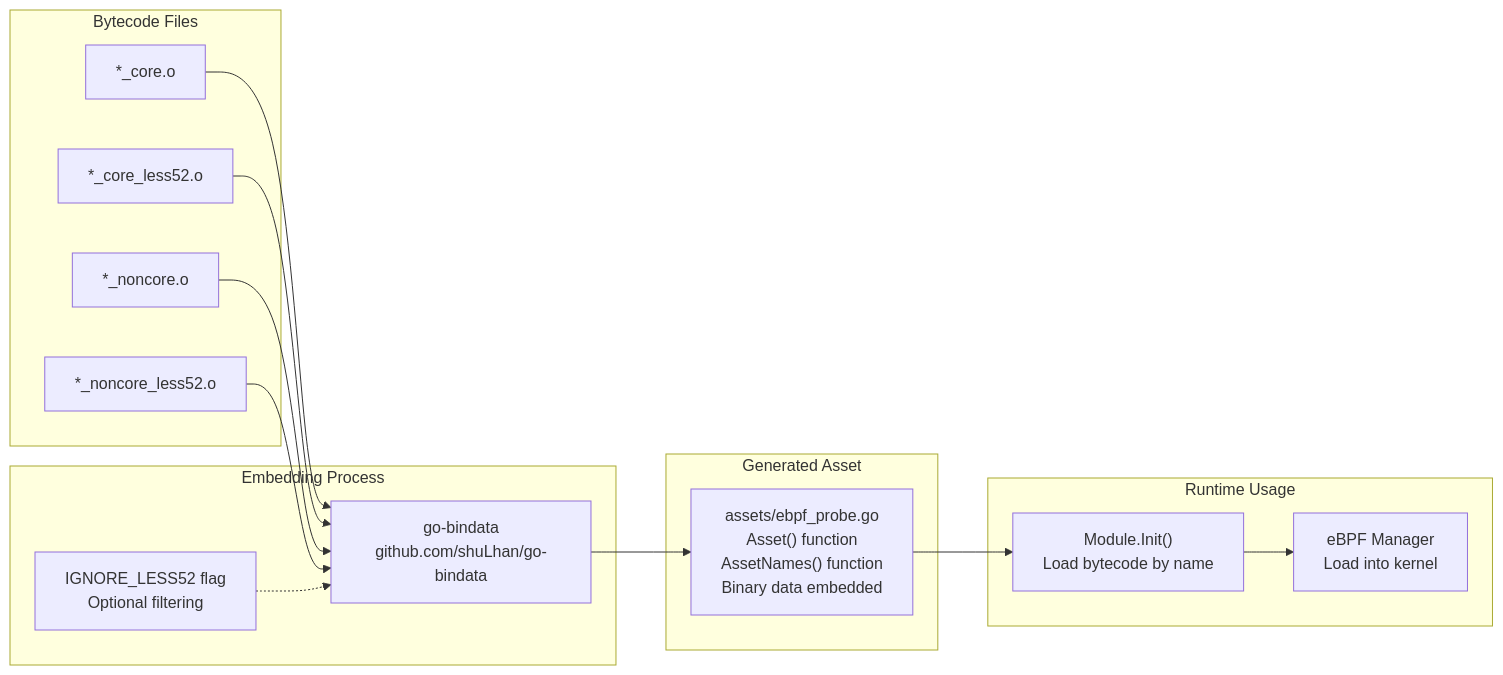
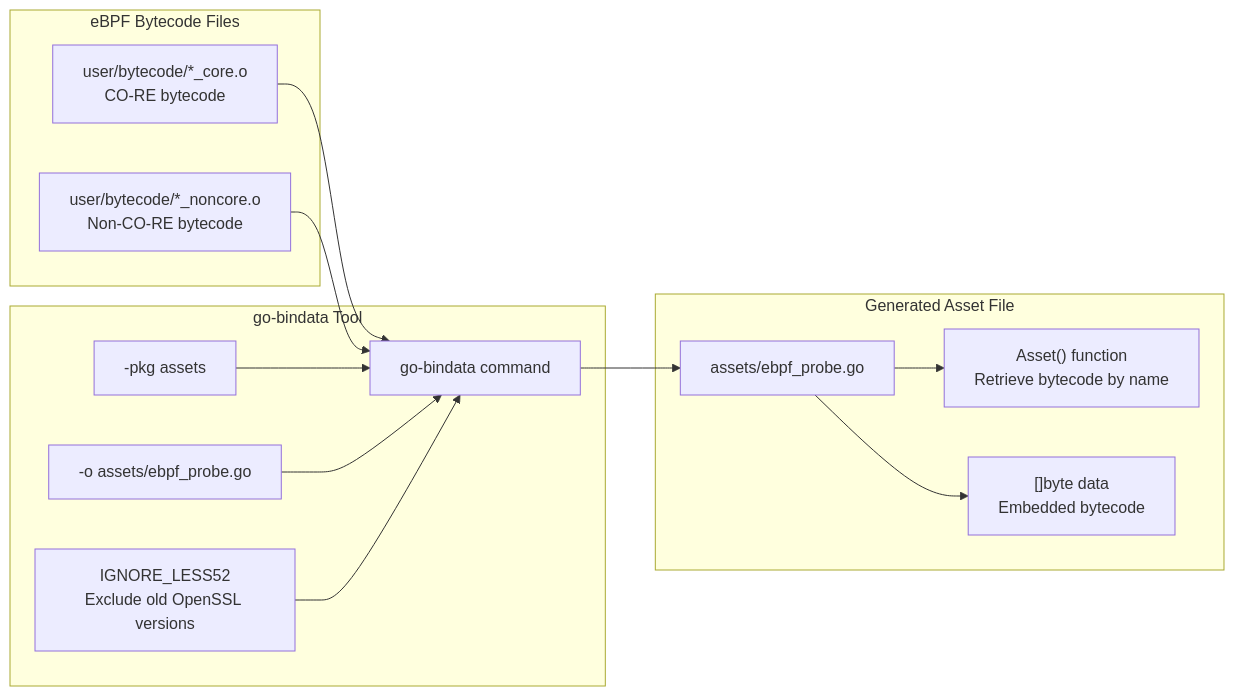
The fourth of 6 diagrams in src/en/5-development-guide/5.1-build-system.md (gojue/ecapture.cc), drawn with Mermaid before and after one commit. The commit also changed other lines of this file and 115 other files, not shown here.

````diff
--- a/src/en/5-development-guide/5.1-build-system.md
+++ b/src/en/5-development-guide/5.1-build-system.md
@@ -309,34 +350,30 @@
 ```mermaid
 graph LR
-    subgraph "Bytecode Files"
-        CORE["*_core.o"]
-        CORE_L52["*_core_less52.o"]
-        NONCORE["*_noncore.o"]
-        NONCORE_L52["*_noncore_less52.o"]
+    subgraph "eBPF Bytecode Files"
+        CORE_O["user/bytecode/*_core.o<br/>CO-RE bytecode"]
+        NONCORE_O["user/bytecode/*_noncore.o<br/>Non-CO-RE bytecode"]
     end
     
-    subgraph "Embedding Process"
-        BINDATA["go-bindata<br/>github.com/shuLhan/go-bindata"]
-        IGNORE["IGNORE_LESS52 flag<br/>Optional filtering"]
+    subgraph "go-bindata Tool"
+        BINDATA["go-bindata command"]
+        PKG_FLAG["-pkg assets"]
+        OUTPUT_FLAG["-o assets/ebpf_probe.go"]
+        IGNORE["IGNORE_LESS52<br/>Exclude old OpenSSL versions"]
     end
     
-    subgraph "Generated Asset"
-        PROBE_GO["assets/ebpf_probe.go<br/>Asset() function<br/>AssetNames() function<br/>Binary data embedded"]
+    subgraph "Generated Asset File"
+        ASSET_GO["assets/ebpf_probe.go"]
+        ASSET_FUNC["Asset() function<br/>Retrieve bytecode by name"]
+        BYTE_ARRAY["[]byte data<br/>Embedded bytecode"]
     end
     
-    subgraph "Runtime Usage"
-        MODULE["Module.Init()<br/>Load bytecode by name"]
-        LOADER["eBPF Manager<br/>Load into kernel"]
-    end
+    CORE_O --> BINDATA
+    NONCORE_O --> BINDATA
+    PKG_FLAG --> BINDATA
+    OUTPUT_FLAG --> BINDATA
+    IGNORE --> BINDATA
     
-    CORE --> BINDATA
-    CORE_L52 --> BINDATA
-    NONCORE --> BINDATA
-    NONCORE_L52 --> BINDATA
-    
-    IGNORE -.-> BINDATA
-    
-    BINDATA --> PROBE_GO
-    PROBE_GO --> MODULE
-    MODULE --> LOADER
+    BINDATA --> ASSET_GO
+    ASSET_GO --> ASSET_FUNC
+    ASSET_GO --> BYTE_ARRAY
 ```
````
